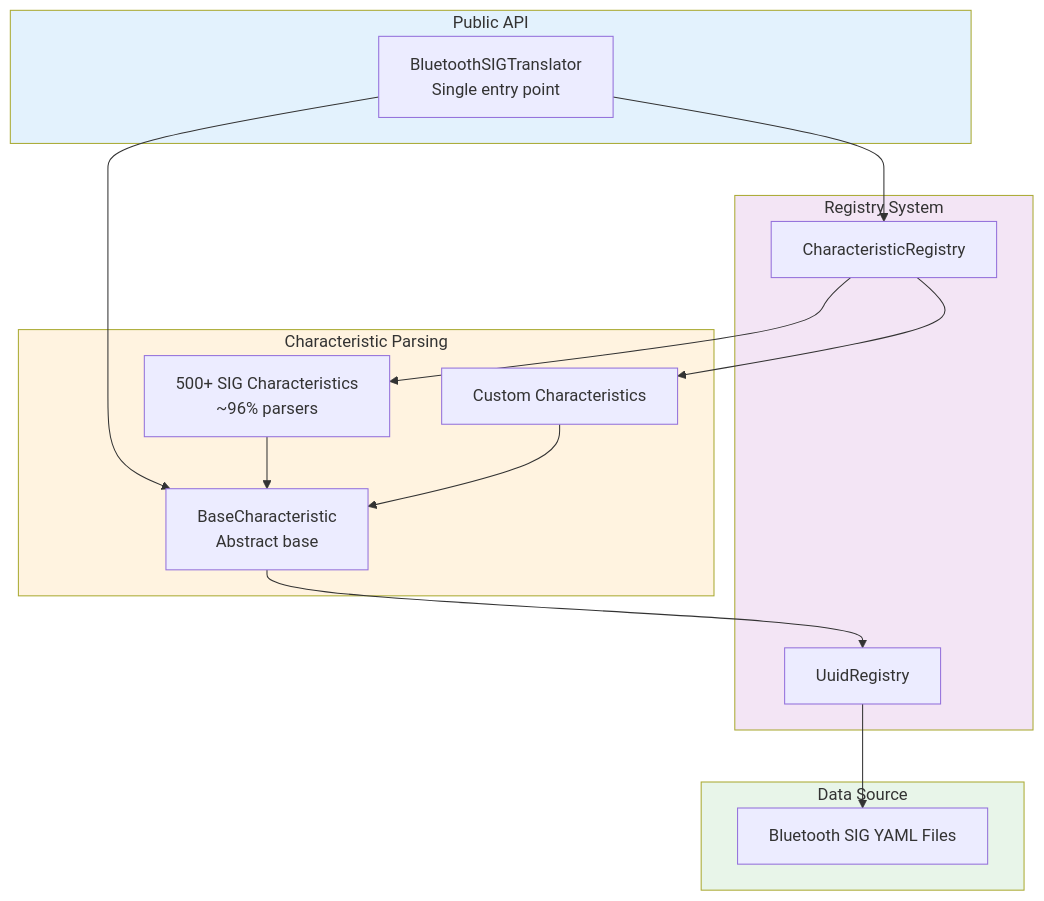
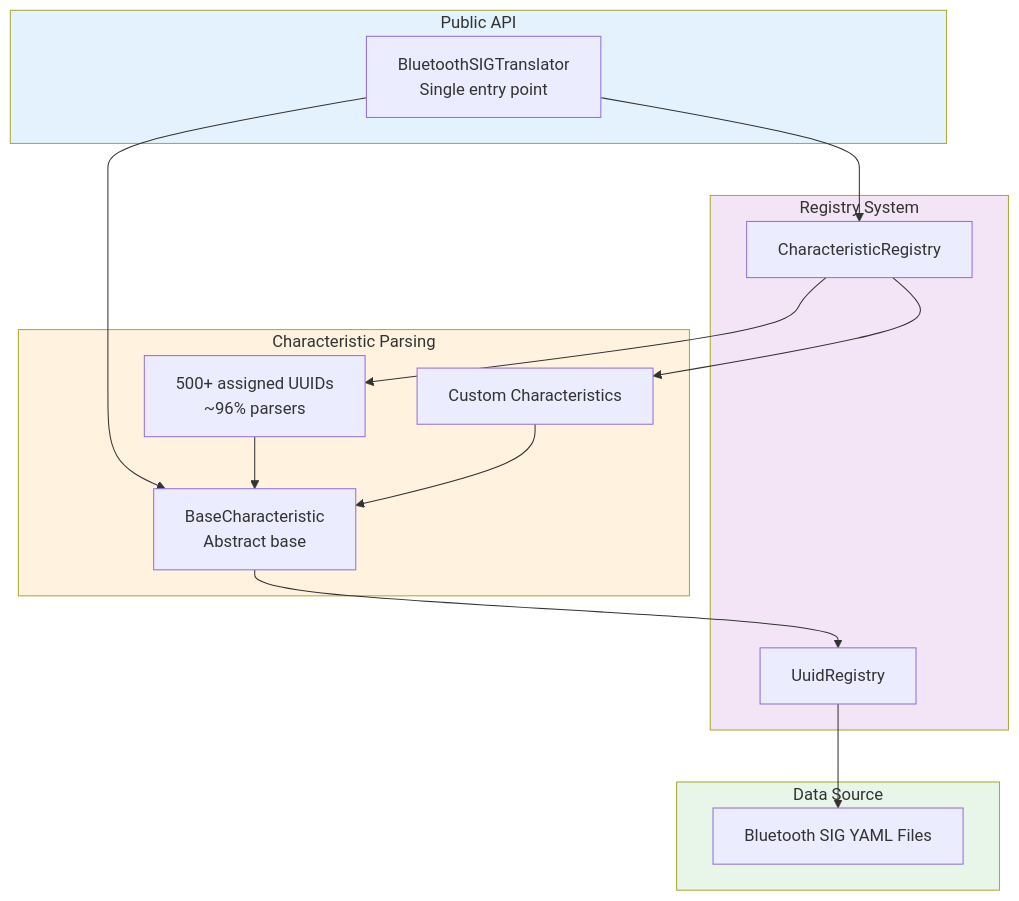
The second of 2 diagrams in docs/source/explanation/architecture/overview.md (RonanB96/bluetooth-sig-python), drawn with Mermaid before and after one commit.

Commit message:
Clarify architecture diagram: assigned UUIDs vs parser count.
Avoid implying 500+ Python characteristic classes; diagram now matches
README coverage-report wording.

````diff
--- a/docs/source/explanation/architecture/overview.md
+++ b/docs/source/explanation/architecture/overview.md
@@ -60,35 +60,35 @@
 ```mermaid
 graph TB
     subgraph API["Public API"]
         T[BluetoothSIGTranslator<br/>Single entry point]
     end
 
     subgraph Char["Characteristic Parsing"]
         B[BaseCharacteristic<br/>Abstract base]
-        S[500+ SIG Characteristics<br/>~96% parsers]
+        S[500+ assigned UUIDs<br/>~96% parsers]
         C[Custom Characteristics]
     end
 
     subgraph Reg["Registry System"]
         CR[CharacteristicRegistry]
         UR[UuidRegistry]
     end
 
     subgraph Data["Data Source"]
         Y[Bluetooth SIG YAML Files]
     end
 
     T --> B
     T --> CR
     CR --> S
     CR --> C
     S --> B
     C --> B
     B --> UR
     UR --> Y
 
     style API fill:#e3f2fd
     style Char fill:#fff3e0
     style Reg fill:#f3e5f5
     style Data fill:#e8f5e9
 ```
````
